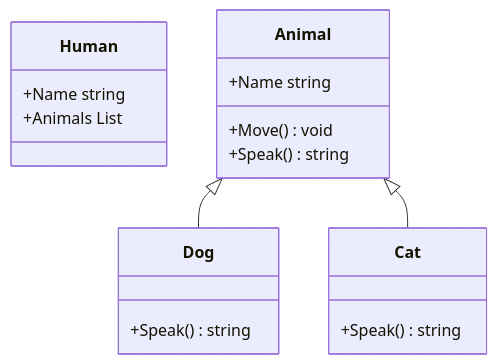
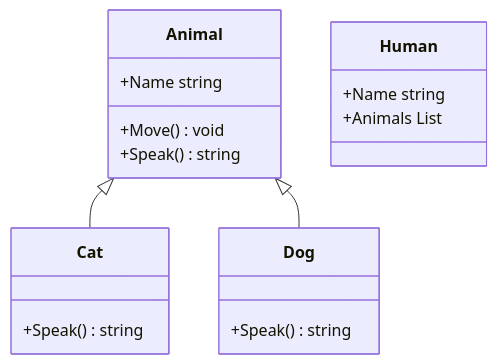
Before and after one commit to nurzhanme/SharpmaidGithubActionSample: the diagram in UML.md, drawn with Mermaid. The commit also changed other lines of this file, not shown here.

Commit message:
UML generated

````diff
--- a/UML.md
+++ b/UML.md
@@ -1,20 +1,20 @@
 ```mermaid
 classDiagram
-class Human{
-+Name string
-+Animals List<Animal>
+Animal  <|-- Cat
+class Cat{
++Speak() string
 }
 Animal  <|-- Dog
 class Dog{
 +Speak() string
 }
-Animal  <|-- Cat
-class Cat{
-+Speak() string
+class Human{
++Name string
++Animals List<Animal>
 }
 class Animal{
 +Name string
 +Move() void
 +Speak() string
 }
 ```
````
